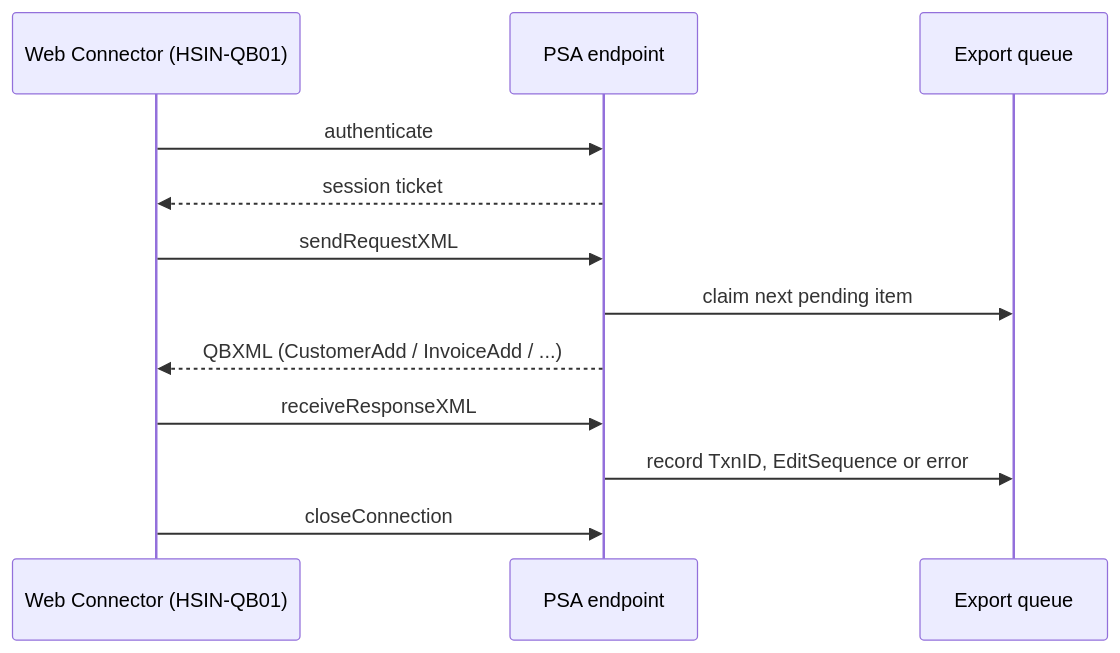
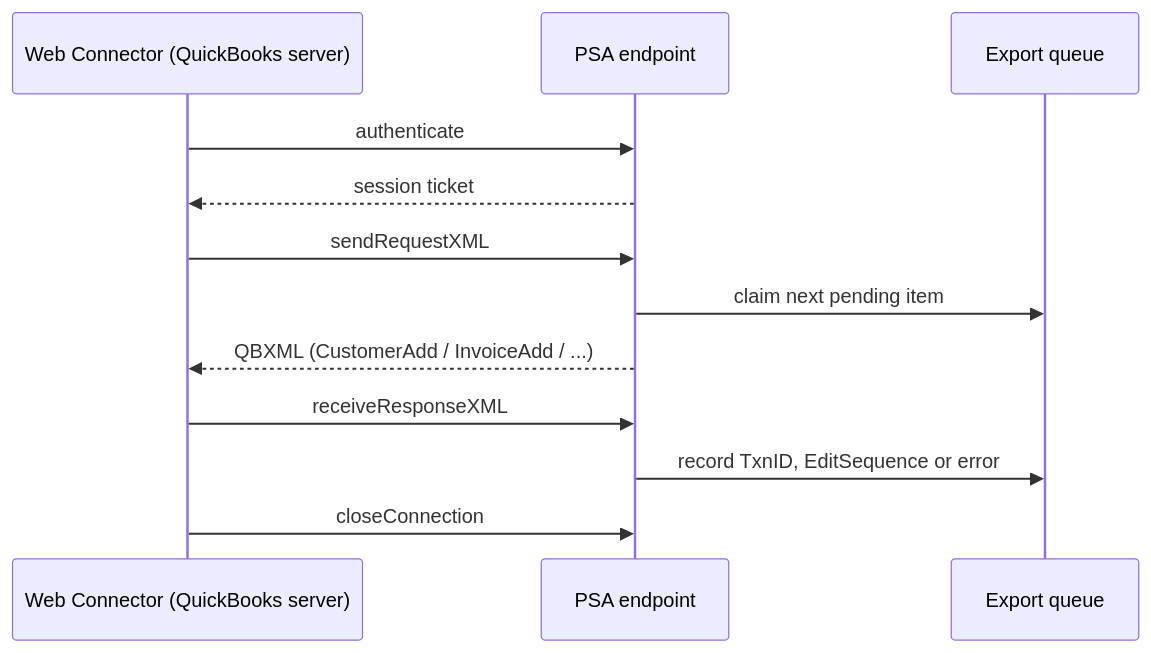
The diagram in docs/06-accounting-integrations.md (jake-s-Hoosier/hoosier-psa), drawn with Mermaid before and after one commit. The commit also changed other lines of this file and 11 other files, not shown here.

First line of the commit message:
QuickBooks mapping spike: findings, InvoiceAdd builder, read-only preview

````diff
--- a/docs/06-accounting-integrations.md
+++ b/docs/06-accounting-integrations.md
@@ -14,14 +14,14 @@
 ```mermaid
 sequenceDiagram
-  participant QBWC as Web Connector (HSIN-QB01)
+  participant QBWC as Web Connector (QuickBooks server)
   participant API as PSA endpoint
   participant Q as Export queue
   QBWC->>API: authenticate
   API-->>QBWC: session ticket
   QBWC->>API: sendRequestXML
   API->>Q: claim next pending item
   API-->>QBWC: QBXML (CustomerAdd / InvoiceAdd / ...)
   QBWC->>API: receiveResponseXML
   API->>Q: record TxnID, EditSequence or error
   QBWC->>API: closeConnection
 ```
````
